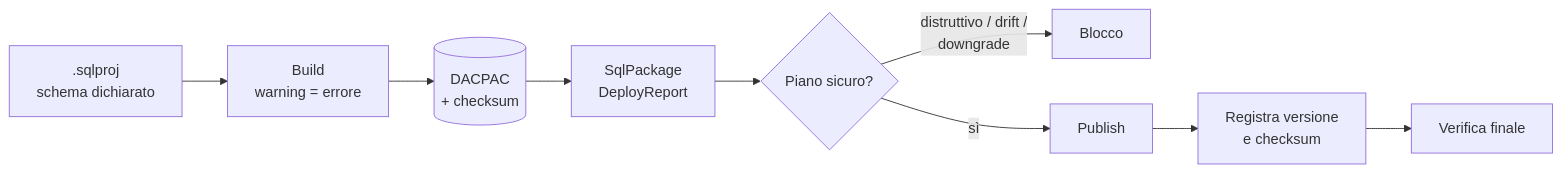
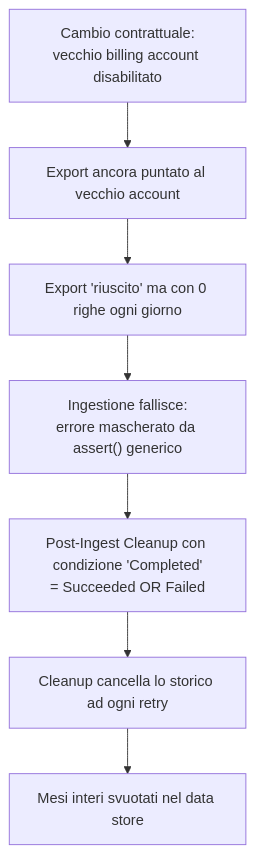
The fifth of 6 diagrams in README.md (HARD-bit/azure-data-platform-case-study), drawn with Mermaid before and after one commit. The commit also changed other lines of this file and 14 other files, not shown here.

````diff
--- a/README.md
+++ b/README.md
@@ -118,11 +255,9 @@
 ```mermaid
-flowchart LR
-    A[".sqlproj<br/>schema dichiarato"] --> B["Build<br/>warning = errore"]
-    B --> C[("DACPAC<br/>+ checksum")]
-    C --> D["SqlPackage<br/>DeployReport"]
-    D --> E{"Piano sicuro?"}
-    E -- "distruttivo / drift /<br/>downgrade" --> X["Blocco"]
-    E -- sì --> F["Publish"]
-    F --> G["Registra versione<br/>e checksum"]
-    G --> H["Verifica finale"]
+flowchart TB
+    A["Cambio contrattuale:<br/>vecchio billing account disabilitato"] --> B["Export ancora puntato al vecchio account"]
+    B --> C["Export 'riuscito' ma con 0 righe ogni giorno"]
+    C --> D["Ingestione fallisce:<br/>errore mascherato da assert() generico"]
+    D --> E["Post-Ingest Cleanup con condizione 'Completed'<br/>= Succeeded OR Failed"]
+    E --> F["Cleanup cancella lo storico ad ogni retry"]
+    F --> G["Mesi interi svuotati nel data store"]
 ```
````
